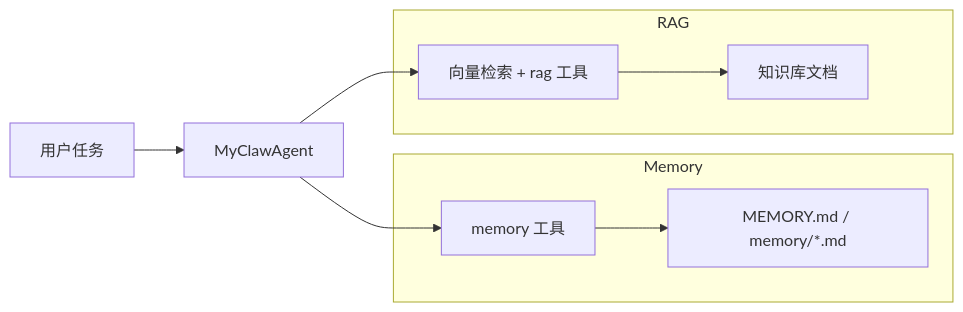
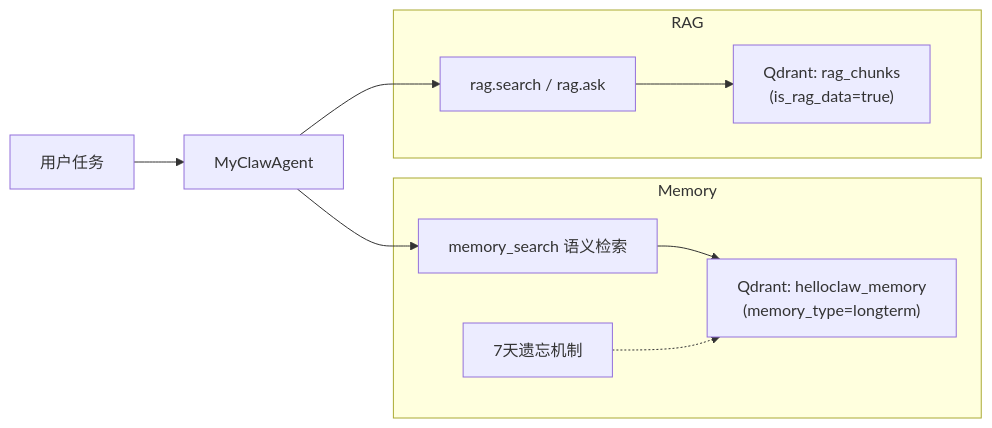
One commit to promisestar/MyClaw changed the fifth of 5 diagrams in docs/Memory实现与功能说明.md. Above: the diagram before and after it, drawn with Mermaid. The commit also changed other lines of this file and 14 other files, not shown here.

````diff
--- a/docs/Memory实现与功能说明.md
+++ b/docs/Memory实现与功能说明.md
@@ -182,16 +217,18 @@
 ```mermaid
 flowchart LR
     subgraph mem["Memory"]
-        M1["MEMORY.md / memory/*.md"]
-        M2["memory 工具"]
+        M1["Qdrant: helloclaw_memory<br/>(memory_type=longterm)"]
+        M2["memory_search 语义检索"]
+        M3["7天遗忘机制"]
     end
     subgraph rag["RAG"]
-        R1["知识库文档"]
-        R2["向量检索 + rag 工具"]
+        R1["Qdrant: rag_chunks<br/>(is_rag_data=true)"]
+        R2["rag.search / rag.ask"]
     end
     User["用户任务"] --> Agent["MyClawAgent"]
     Agent --> M2
     Agent --> R2
     M2 --> M1
     R2 --> R1
+    M3 -.-> M1
 ```
````
